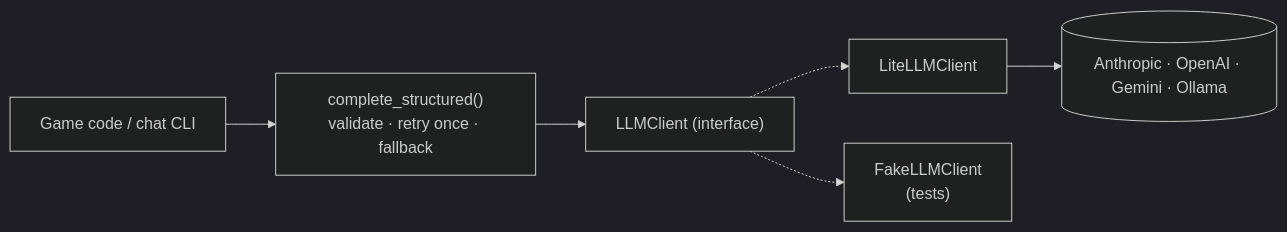
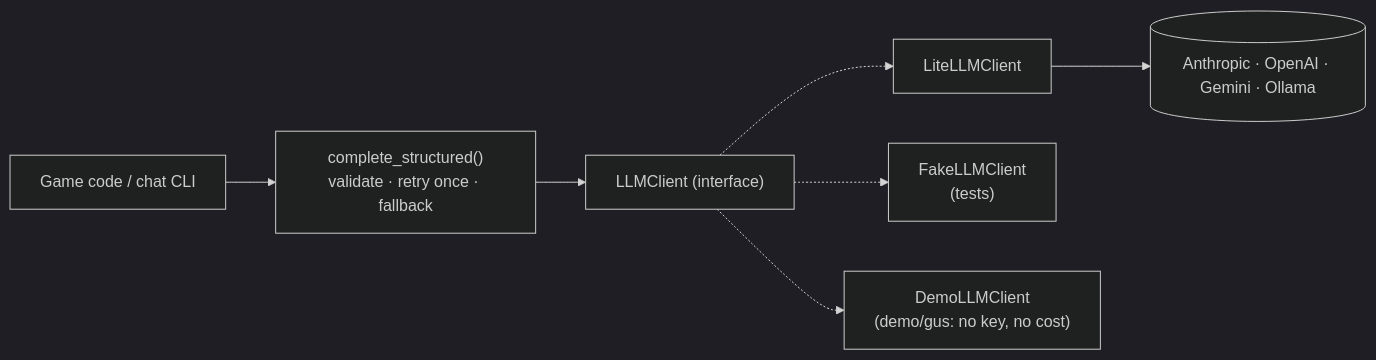
One commit to somenDey/vault-heist changed the second of 4 diagrams in docs/architecture.md. Above: the diagram before and after it, drawn with Mermaid (dark theme). The commit also changed other lines of this file and 20 other files, not shown here.

````diff
--- a/docs/architecture.md
+++ b/docs/architecture.md
@@ -31,8 +31,9 @@
 ```mermaid
 flowchart LR
     Caller["Game code / chat CLI"] --> Structured["complete_structured()<br/>validate · retry once · fallback"]
     Structured --> Interface["LLMClient (interface)"]
     Interface -.-> Real["LiteLLMClient"]
     Interface -.-> Fake["FakeLLMClient<br/>(tests)"]
+    Interface -.-> Demo["DemoLLMClient<br/>(demo/gus: no key, no cost)"]
     Real --> Providers[("Anthropic · OpenAI · Gemini · Ollama")]
 ```
````
